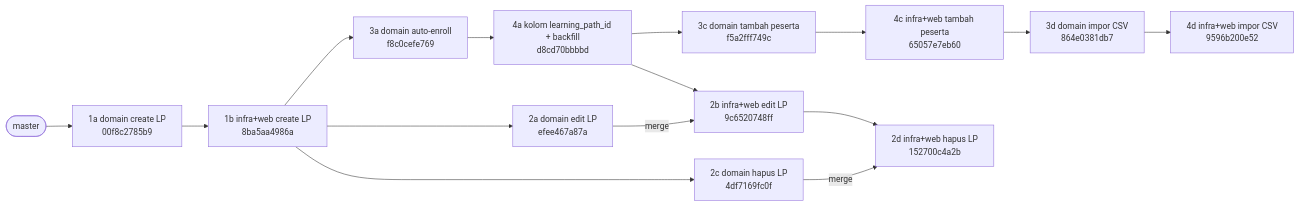
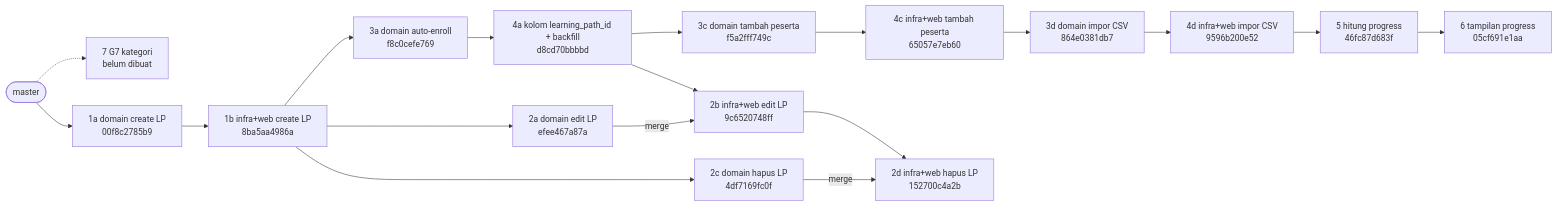
Before and after one commit to KrisnaSantosa15/big-notes-obsidian: the first of 3 diagrams in Projects/APD Revamp/Cycle 2/05-course-progress.md, drawn with Mermaid. The commit also changed other lines of this file and 3 other files, not shown here.

````diff
--- a/Projects/APD Revamp/Cycle 2/05-course-progress.md
+++ b/Projects/APD Revamp/Cycle 2/05-course-progress.md
@@ -348,25 +348,30 @@
 ```mermaid
 flowchart LR
     master([master])
     1a["1a domain create LP<br/>00f8c2785b9"]
     1b["1b infra+web create LP<br/>8ba5aa4986a"]
     3a["3a domain auto-enroll<br/>f8c0cefe769"]
     4a["4a kolom learning_path_id + backfill<br/>d8cd70bbbbd"]
     3c["3c domain tambah peserta<br/>f5a2fff749c"]
     4c["4c infra+web tambah peserta<br/>65057e7eb60"]
     3d["3d domain impor CSV<br/>864e0381db7"]
     4d["4d infra+web impor CSV<br/>9596b200e52"]
     2a["2a domain edit LP<br/>efee467a87a"]
     2c["2c domain hapus LP<br/>4df7169fc0f"]
     2b["2b infra+web edit LP<br/>9c6520748ff"]
     2d["2d infra+web hapus LP<br/>152700c4a2b"]
+    5["5 hitung progress<br/>46fc87d683f"]
+    6["6 tampilan progress<br/>05cf691e1aa"]
+    7["7 G7 kategori<br/>belum dibuat"]
 
     master --> 1a --> 1b
     1b --> 3a --> 4a --> 3c --> 4c --> 3d --> 4d
     1b --> 2a
     1b --> 2c
     4a --> 2b
     2a -- merge --> 2b
     2b --> 2d
     2c -- merge --> 2d
+    4d --> 5 --> 6
+    master -.-> 7
 ```
````
